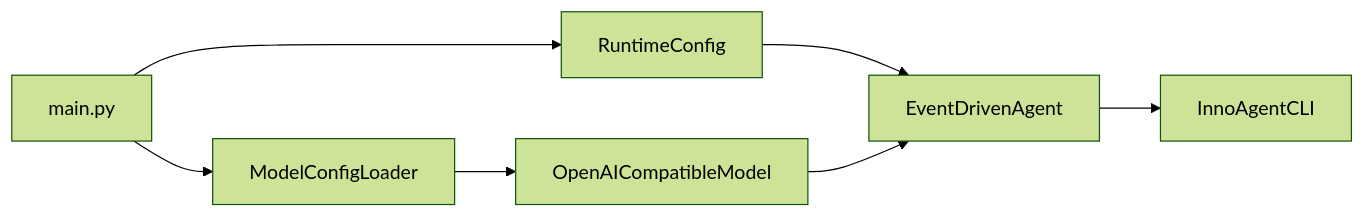
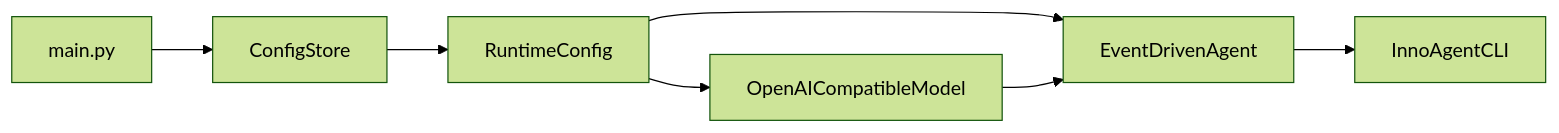
One commit to universero/InnoAgent changed the diagram in assert/knowledge/11-entrypoints-and-compatibility.md. Above: the diagram before and after it, drawn with Mermaid (forest theme). The commit also changed other lines of this file and 15 other files, not shown here.

````diff
--- a/assert/knowledge/11-entrypoints-and-compatibility.md
+++ b/assert/knowledge/11-entrypoints-and-compatibility.md
@@ -26,9 +26,9 @@
 ```mermaid
 flowchart LR
-    Main[main.py] --> RuntimeConfig
-    Main --> ModelConfigLoader
-    ModelConfigLoader --> Model[OpenAICompatibleModel]
+    Main[main.py] --> ConfigStore[ConfigStore]
+    ConfigStore --> RuntimeConfig[RuntimeConfig]
+    RuntimeConfig --> Model[OpenAICompatibleModel]
     RuntimeConfig --> Agent[EventDrivenAgent]
     Model --> Agent
     Agent --> CLI[InnoAgentCLI]
 ```
````
